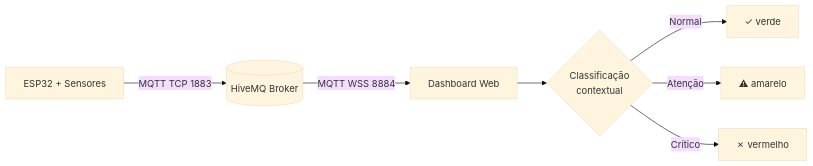
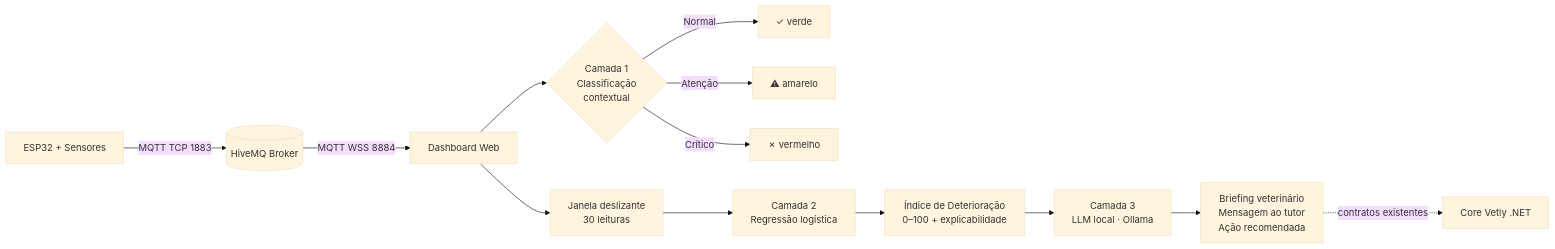
The diagram in README.md (challenge-vetly/vetly-iot), drawn with Mermaid (base theme) before and after one commit. The commit also changed other lines of this file and 15 other files, not shown here.

````diff
--- a/README.md
+++ b/README.md
@@ -50,9 +50,17 @@
 ```mermaid
 flowchart LR
     A[ESP32 + Sensores] -->|MQTT TCP 1883| B[(HiveMQ Broker)]
     B -->|MQTT WSS 8884| C[Dashboard Web]
-    C --> D{Classificação<br/>contextual}
+
+    C --> D{Camada 1<br/>Classificação<br/>contextual}
     D -->|Normal| E[✓ verde]
     D -->|Atenção| F[⚠ amarelo]
     D -->|Crítico| G[✗ vermelho]
+
+    C --> H[Janela deslizante<br/>30 leituras]
+    H --> I[Camada 2<br/>Regressão logística]
+    I --> J[Índice de Deterioração<br/>0–100 + explicabilidade]
+    J --> K[Camada 3<br/>LLM local · Ollama]
+    K --> L[Briefing veterinário<br/>Mensagem ao tutor<br/>Ação recomendada]
+    L -.->|contratos existentes| M[Core Vetly .NET]
 ```
````
